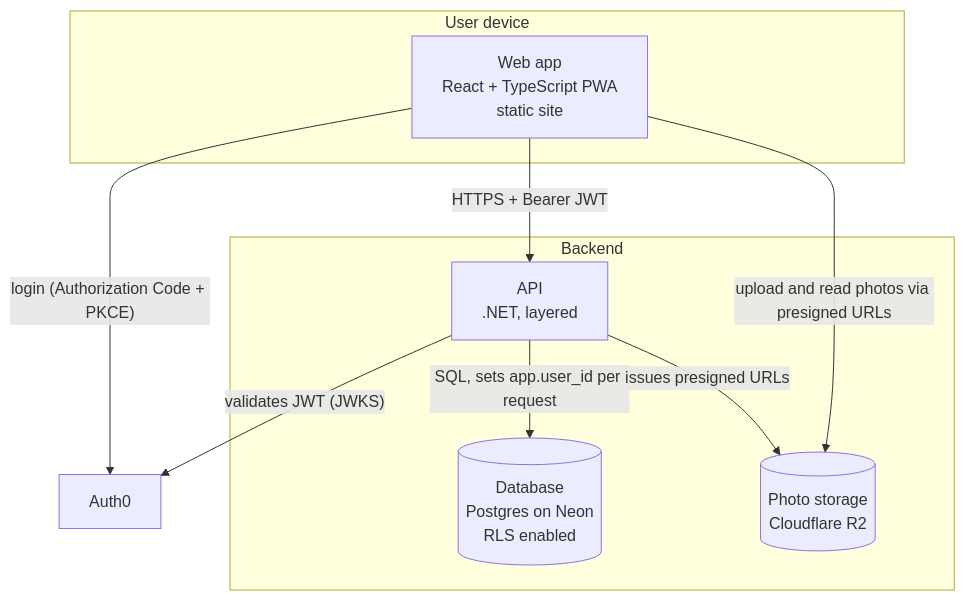
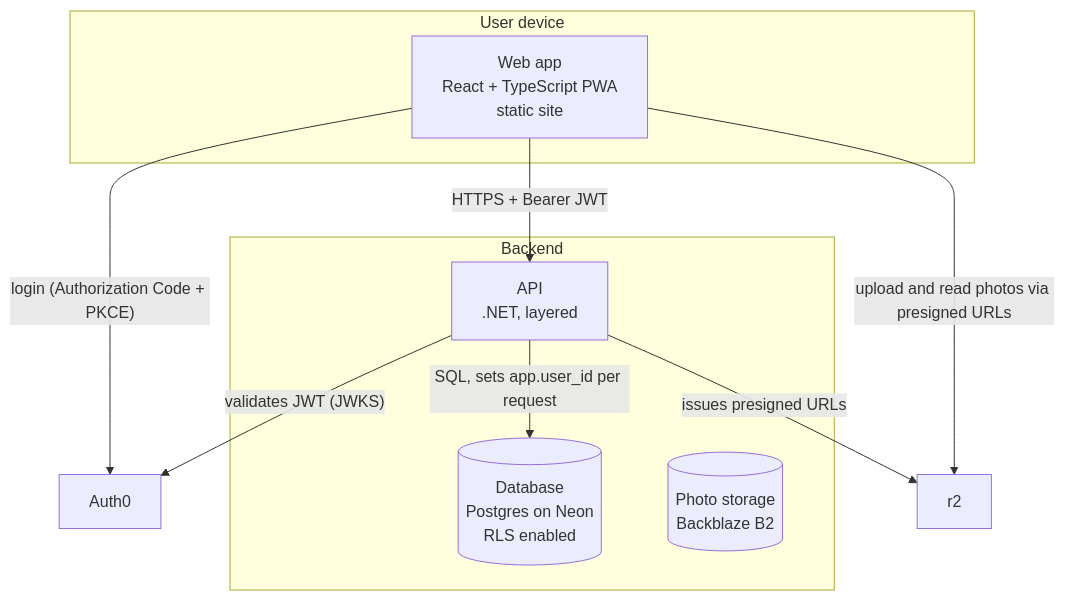
The second of 3 diagrams in docs/architecture/overview.md (NahuelFernandezGalli/Buckl), drawn with Mermaid before and after one commit. The commit also changed other lines of this file and 10 other files, not shown here.

````diff
--- a/docs/architecture/overview.md
+++ b/docs/architecture/overview.md
@@ -38,19 +38,19 @@
 ```mermaid
 flowchart TB
     subgraph client["User device"]
         web["Web app<br/>React + TypeScript PWA<br/>static site"]
     end
     subgraph backend["Backend"]
         api["API<br/>.NET, layered"]
         db[("Database<br/>Postgres on Neon<br/>RLS enabled")]
-        r2[("Photo storage<br/>Cloudflare R2")]
+        b2[("Photo storage<br/>Backblaze B2")]
     end
     auth0["Auth0"]
 
     web -->|"login (Authorization Code + PKCE)"| auth0
     web -->|"HTTPS + Bearer JWT"| api
     web -->|"upload and read photos via presigned URLs"| r2
     api -->|"validates JWT (JWKS)"| auth0
     api -->|"SQL, sets app.user_id per request"| db
     api -->|"issues presigned URLs"| r2
 ```
````
